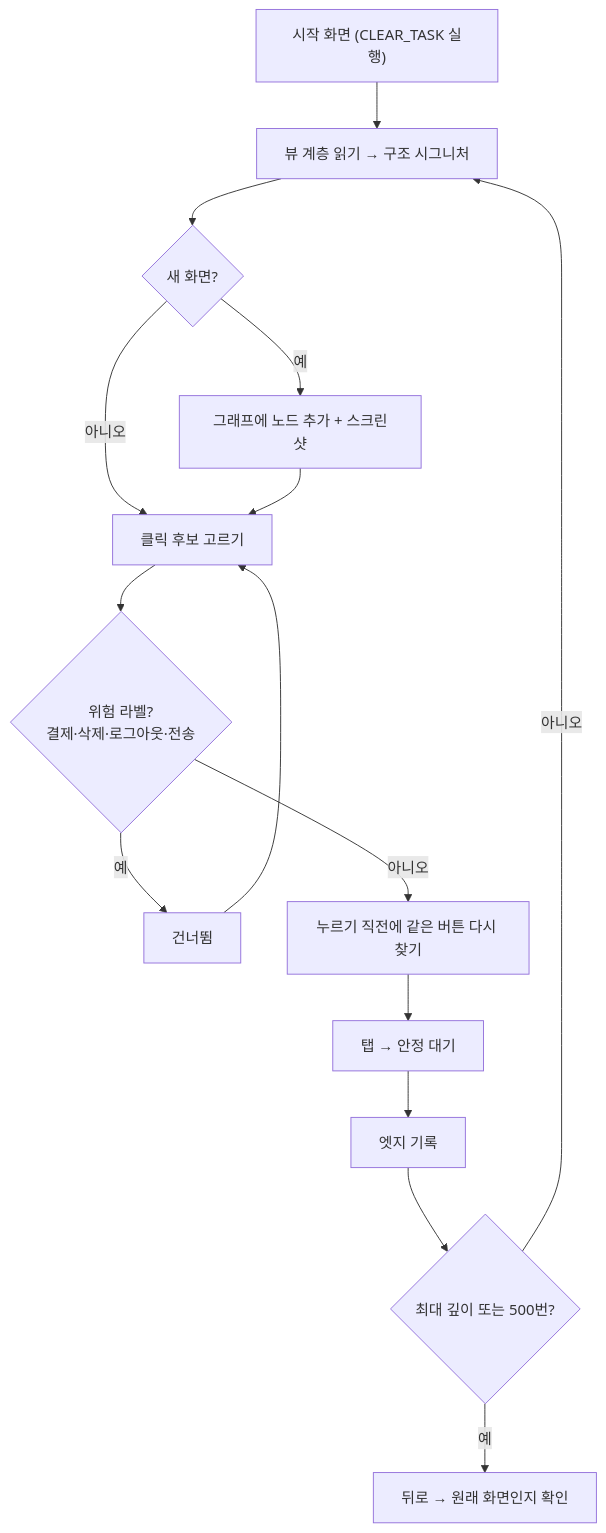
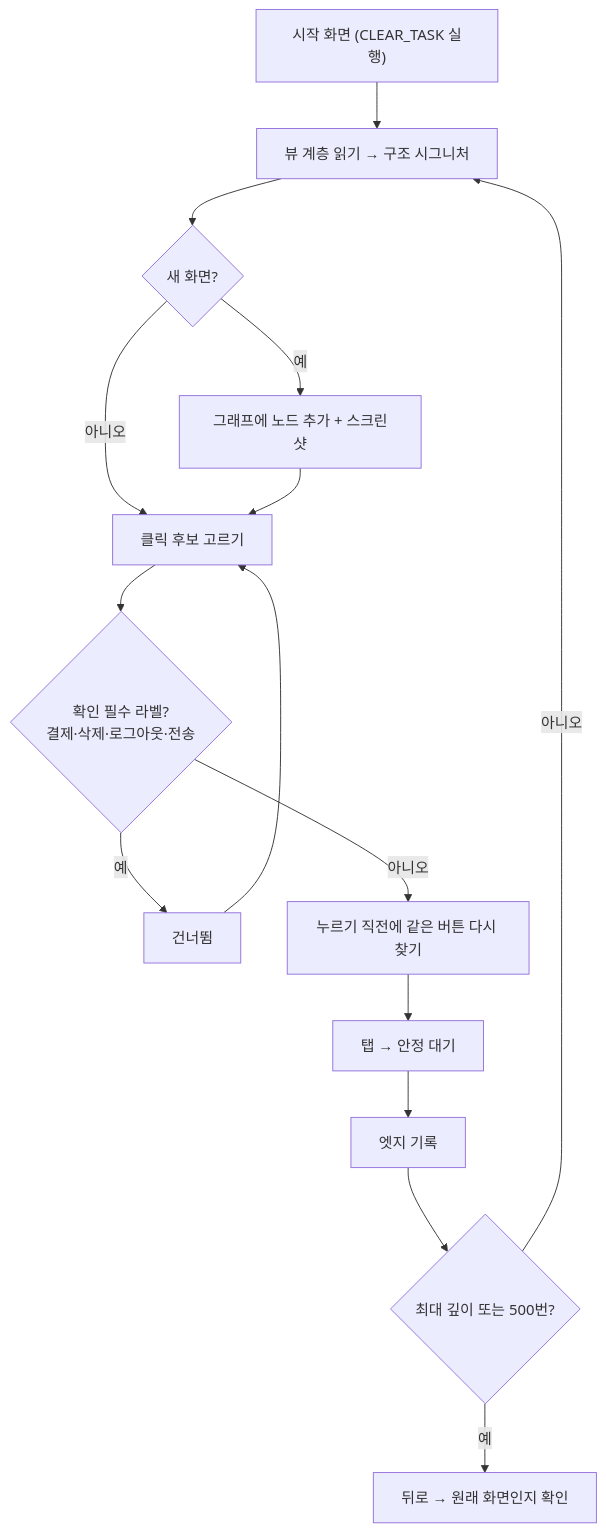
Before and after one commit to ESeungJun/droidlens: the third of 6 diagrams in docs/구현도.md, drawn with Mermaid. The commit also changed other lines of this file and 39 other files, not shown here.

````diff
--- a/docs/구현도.md
+++ b/docs/구현도.md
@@ -127,17 +127,17 @@
 ```mermaid
 flowchart TD
   S["시작 화면 (CLEAR_TASK 실행)"] --> R["뷰 계층 읽기 → 구조 시그니처"]
   R --> N{"새 화면?"}
   N -- "예" --> SAVE["그래프에 노드 추가 + 스크린샷"]
   N -- "아니오" --> PICK
   SAVE --> PICK["클릭 후보 고르기"]
-  PICK --> DG{"위험 라벨?<br/>결제·삭제·로그아웃·전송"}
+  PICK --> DG{"확인 필수 라벨?<br/>결제·삭제·로그아웃·전송"}
   DG -- "예" --> SKIP["건너뜀"]
   DG -- "아니오" --> RE["누르기 직전에 같은 버튼 다시 찾기"]
   RE --> TAP["탭 → 안정 대기"]
   TAP --> E["엣지 기록"]
   E --> D{"최대 깊이 또는 500번?"}
   D -- "아니오" --> R
   D -- "예" --> BACK["뒤로 → 원래 화면인지 확인"]
   SKIP --> PICK
 ```
````
